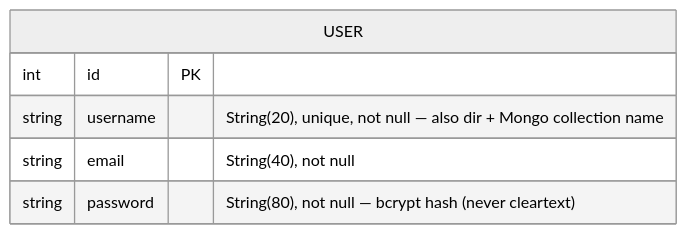
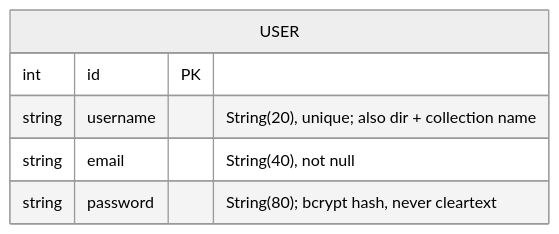
Before and after one commit to ibehren1/fw-gui: the fifth of 8 diagrams in docs/data-architecture.md, drawn with Mermaid (neutral theme). The commit also changed other lines of this file and 1 other file, not shown here.

First line of the commit message:
docs: harden mermaid diagrams for GitHub rendering

````diff
--- a/docs/data-architecture.md
+++ b/docs/data-architecture.md
@@ -213,9 +213,9 @@
 ```mermaid
 erDiagram
     USER {
         int id PK
-        string username "String(20), unique, not null — also dir + Mongo collection name"
+        string username "String(20), unique; also dir + collection name"
         string email "String(40), not null"
-        string password "String(80), not null — bcrypt hash (never cleartext)"
+        string password "String(80); bcrypt hash, never cleartext"
     }
 ```
````
